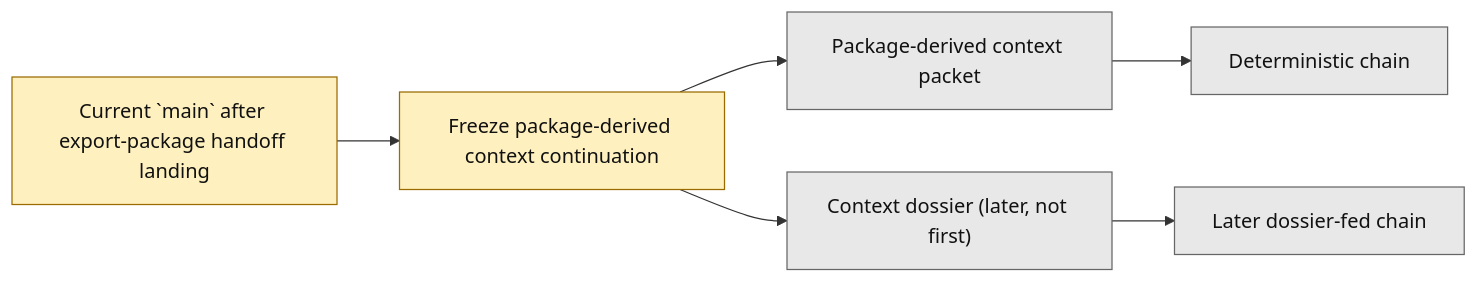
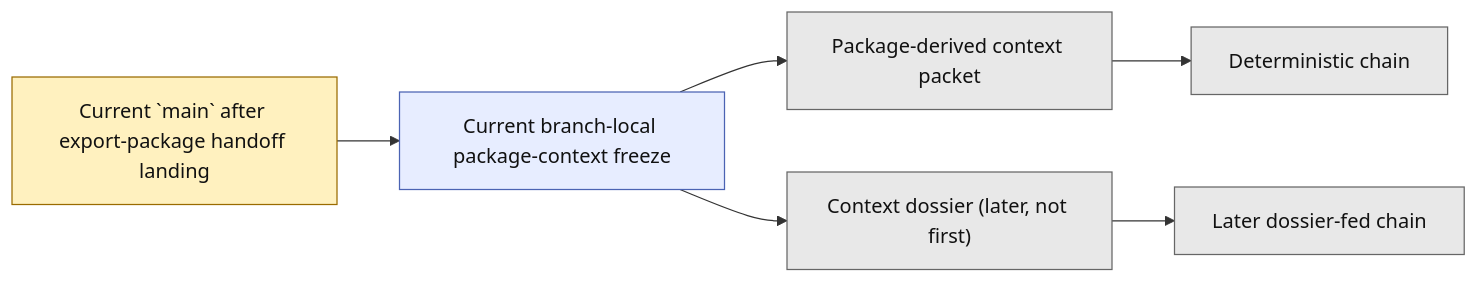
The second of 2 diagrams in next_milestone_plans/layer3_progress_board.md (benjmcd/project6_REPO_MCP_FOLDER), drawn with Mermaid before and after one commit. The commit also changed other lines of this file and 8 other files, not shown here.

Commit message:
docs(layer3): freeze aps package-context continuation

````diff
--- a/next_milestone_plans/layer3_progress_board.md
+++ b/next_milestone_plans/layer3_progress_board.md
@@ -106,14 +114,16 @@
 ```mermaid
 flowchart LR
-    A["Current `main` after export-package handoff landing"] --> B["Freeze package-derived context continuation"]
+    A["Current `main` after export-package handoff landing"] --> B["Current branch-local package-context freeze"]
     B --> C["Package-derived context packet"]
     B --> D["Context dossier (later, not first)"]
     C --> E["Deterministic chain"]
     D --> F["Later dossier-fed chain"]
 
     classDef next fill:#fff1bf,stroke:#9a6b00,color:#111;
+    classDef branch_only fill:#e7edff,stroke:#4b63b3,color:#111;
     classDef future fill:#e8e8e8,stroke:#666,color:#111;
 
-    class A,B next;
+    class A next;
+    class B branch_only;
     class C,D,E,F future;
 ```
````
